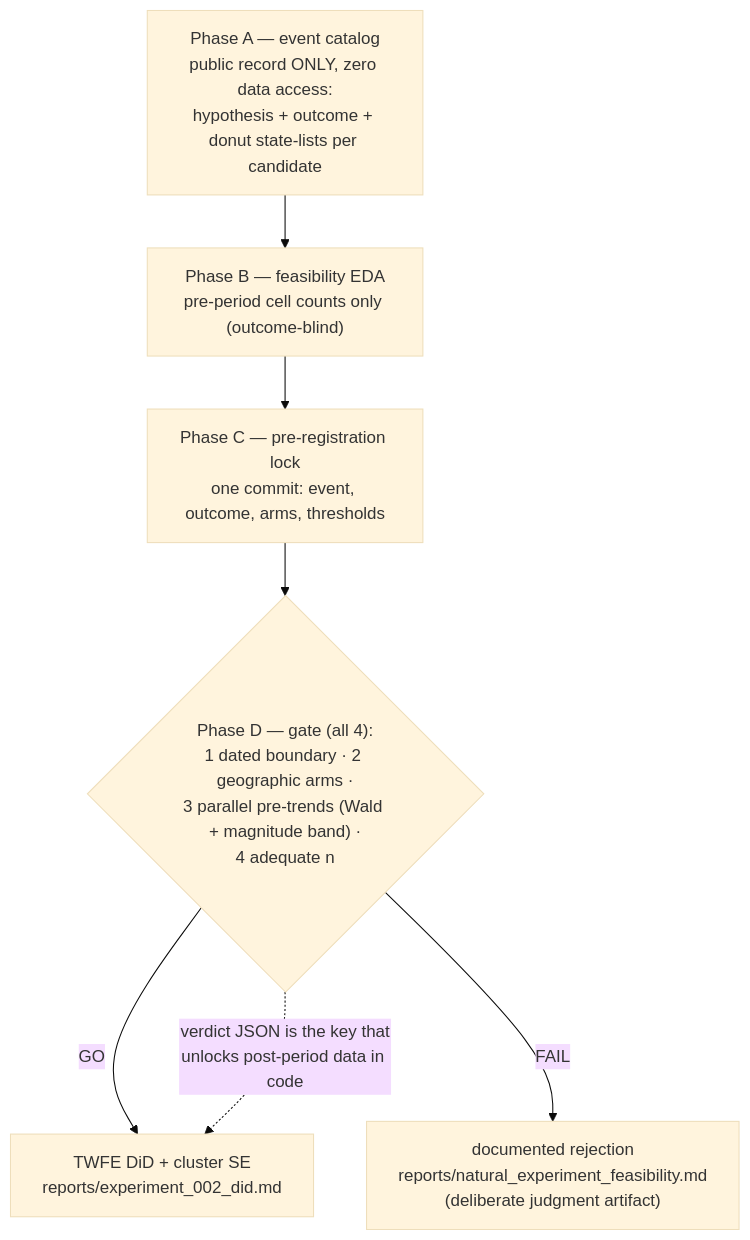
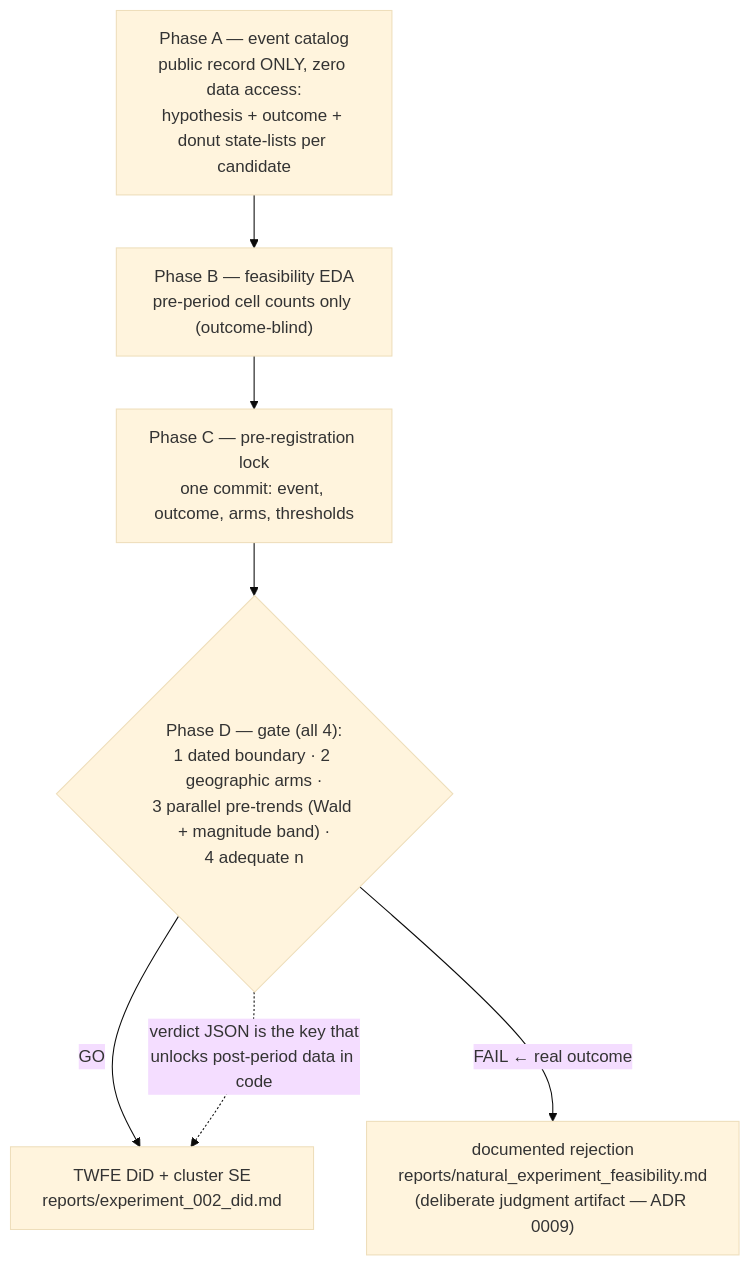
Before and after one commit to tirthjoship/product-experimentation: the fourth of 4 diagrams in README.md, drawn with Mermaid (base theme). The commit also changed other lines of this file and 2 other files, not shown here.

Commit message:
docs: Plan 4 findings sweep — DiD honest rejection across README/STATUS/CONTEXT

````diff
--- a/README.md
+++ b/README.md
@@ -251,10 +267,10 @@
 ```mermaid
 flowchart TD
     A["Phase A — event catalog<br/>public record ONLY, zero data access:<br/>hypothesis + outcome + donut state-lists per candidate"]
     A --> B["Phase B — feasibility EDA<br/>pre-period cell counts only (outcome-blind)"]
     B --> C["Phase C — pre-registration lock<br/>one commit: event, outcome, arms, thresholds"]
     C --> D{"Phase D — gate (all 4):<br/>1 dated boundary · 2 geographic arms ·<br/>3 parallel pre-trends (Wald + magnitude band) ·<br/>4 adequate n"}
     D -->|GO| E1["TWFE DiD + cluster SE<br/>reports/experiment_002_did.md"]
-    D -->|FAIL| E2["documented rejection<br/>reports/natural_experiment_feasibility.md<br/>(deliberate judgment artifact)"]
+    D -->|"FAIL ← real outcome"| E2["documented rejection<br/>reports/natural_experiment_feasibility.md<br/>(deliberate judgment artifact — ADR 0009)"]
     D -.->|"verdict JSON is the key that<br/>unlocks post-period data in code"| E1
 ```
````
